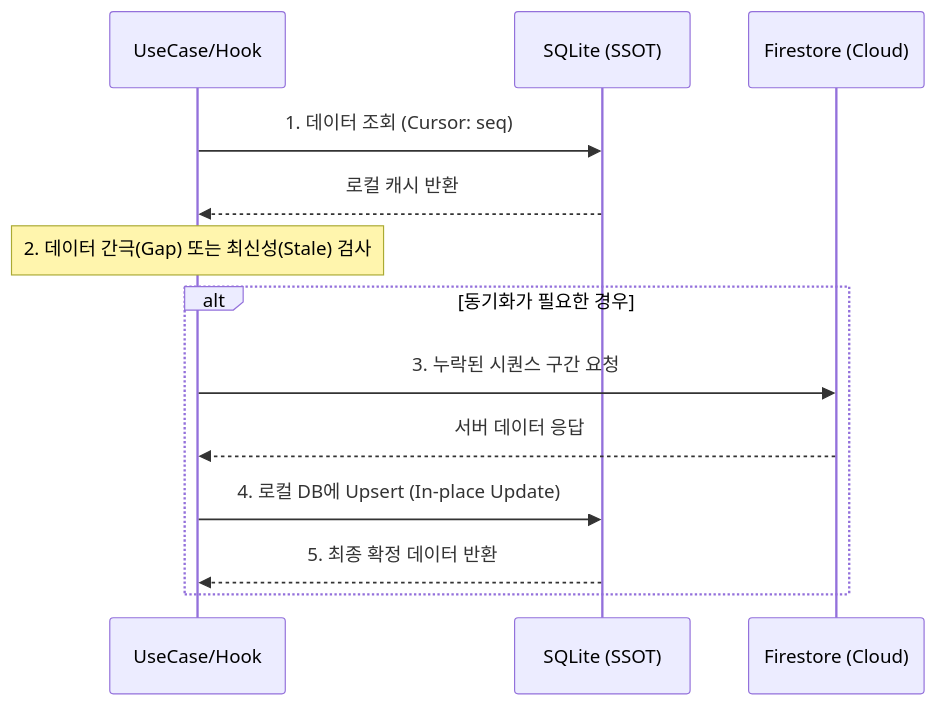
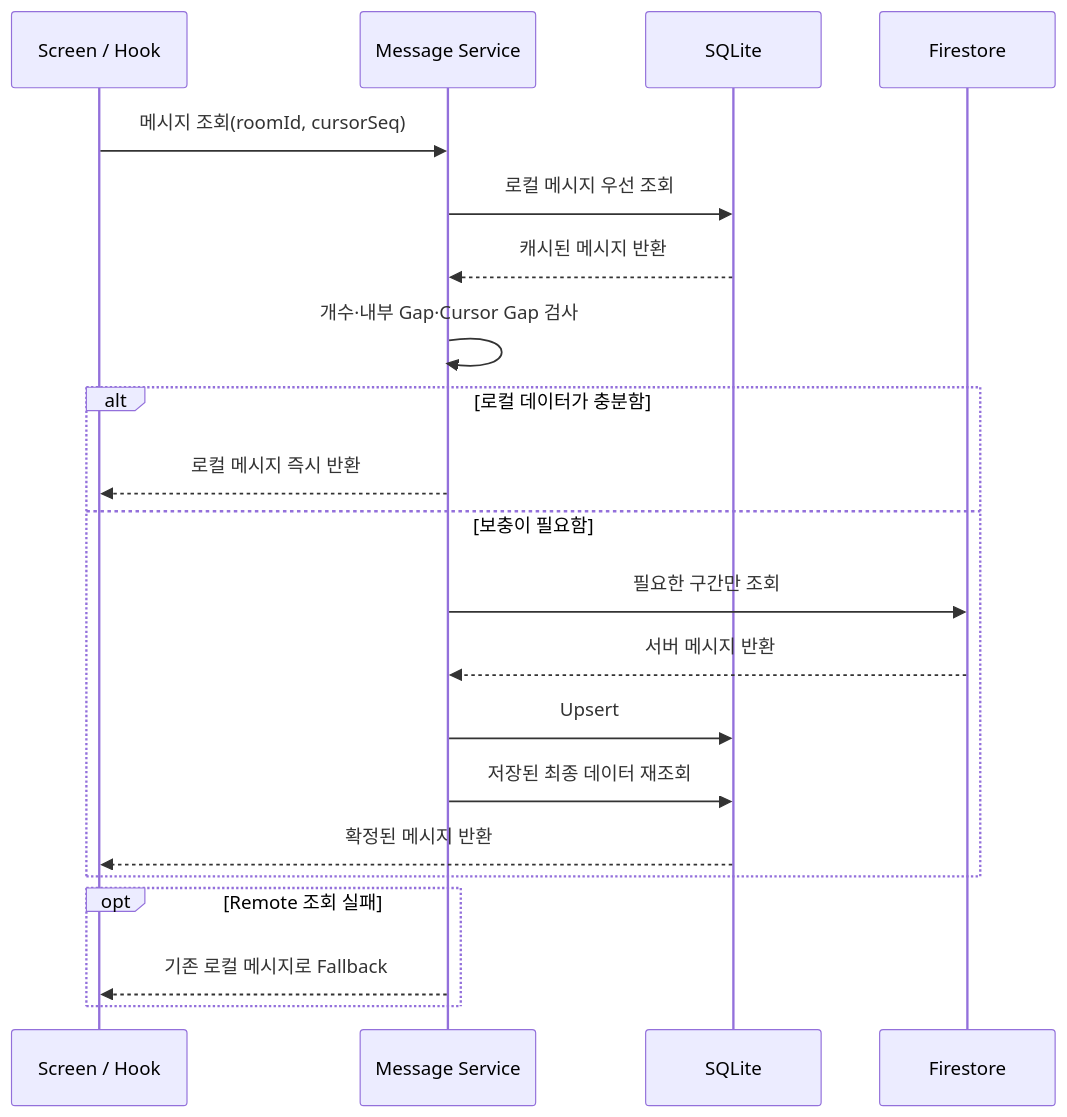
Before and after one commit to 951jth/pandytalk: the first of 4 diagrams in README.md, drawn with Mermaid. The commit also changed other lines of this file and 7 other files, not shown here.

````diff
--- a/README.md
+++ b/README.md
@@ -64,16 +39,26 @@
 ```mermaid
 sequenceDiagram
-    participant App as UseCase/Hook
-    participant Local as SQLite (SSOT)
-    participant Remote as Firestore (Cloud)
+    participant UI as Screen / Hook
+    participant Service as Message Service
+    participant Local as SQLite
+    participant Remote as Firestore
 
-    App->>Local: 1. 데이터 조회 (Cursor: seq)
-    Local-->>App: 로컬 캐시 반환
-    Note over App: 2. 데이터 간극(Gap) 또는 최신성(Stale) 검사
-    alt 동기화가 필요한 경우
-        App->>Remote: 3. 누락된 시퀀스 구간 요청
-        Remote-->>App: 서버 데이터 응답
-        App->>Local: 4. 로컬 DB에 Upsert (In-place Update)
-        Local-->>App: 5. 최종 확정 데이터 반환
+    UI->>Service: 메시지 조회(roomId, cursorSeq)
+    Service->>Local: 로컬 메시지 우선 조회
+    Local-->>Service: 캐시된 메시지 반환
+    Service->>Service: 개수·내부 Gap·Cursor Gap 검사
+
+    alt 로컬 데이터가 충분함
+        Service-->>UI: 로컬 메시지 즉시 반환
+    else 보충이 필요함
+        Service->>Remote: 필요한 구간만 조회
+        Remote-->>Service: 서버 메시지 반환
+        Service->>Local: Upsert
+        Service->>Local: 저장된 최종 데이터 재조회
+        Local-->>UI: 확정된 메시지 반환
+    end
+
+    opt Remote 조회 실패
+        Service-->>UI: 기존 로컬 메시지로 Fallback
     end
 ```
````
